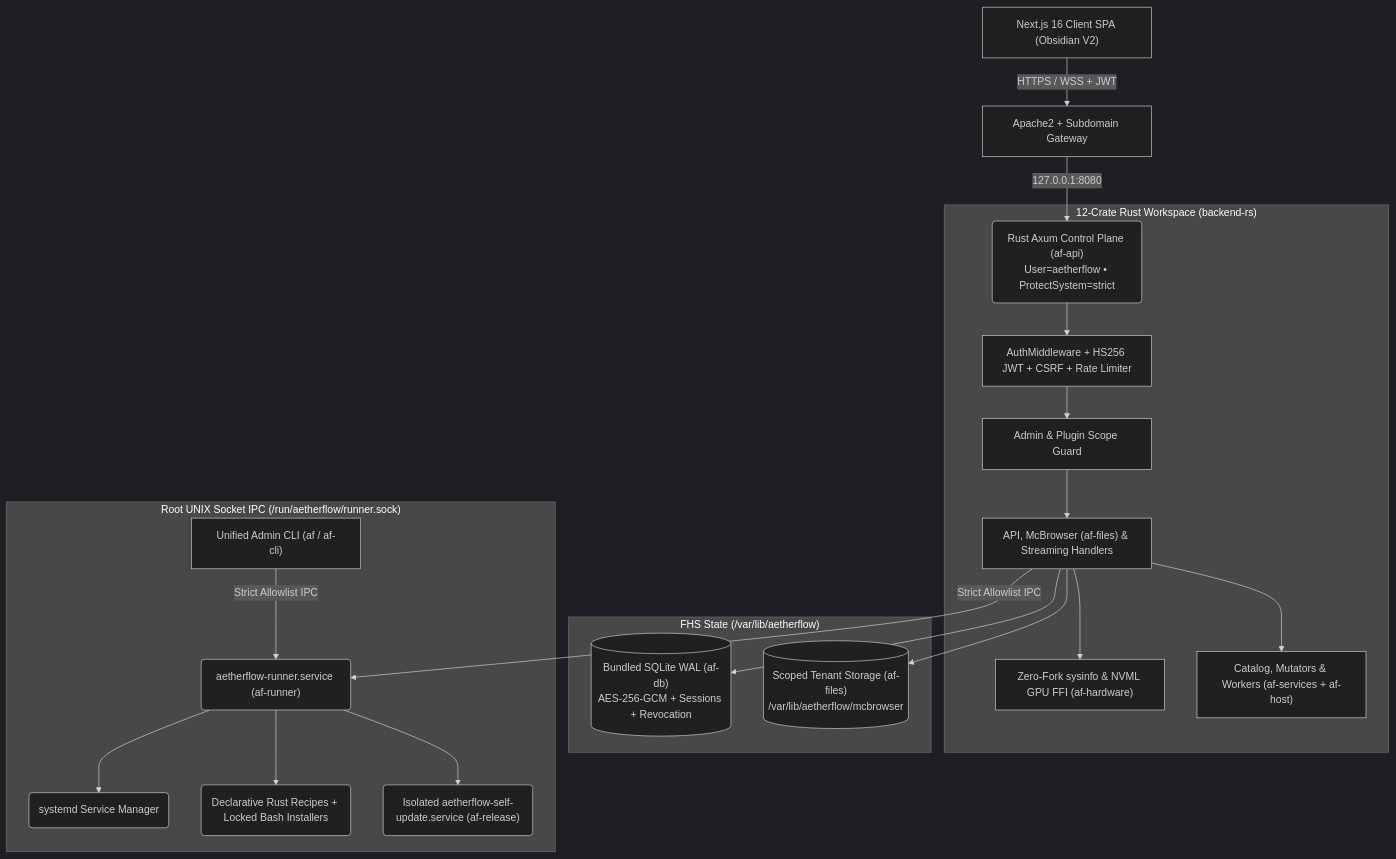
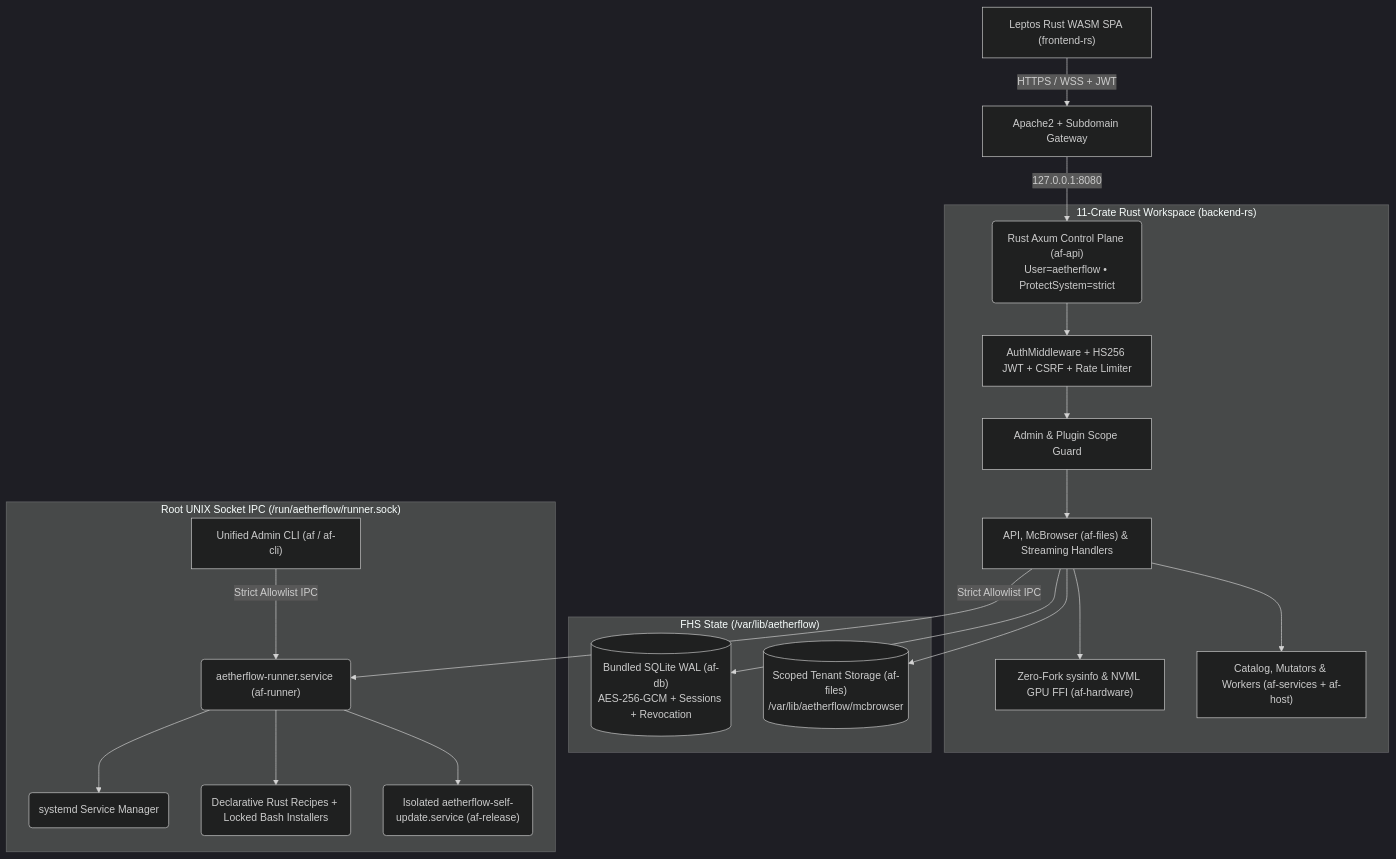
One commit to McEveritts/AetherFlow changed the diagram in docs/CODEBASE_BRAIN.md. Above: the diagram before and after it, drawn with Mermaid (dark theme). The commit also changed other lines of this file and 1432 other files, not shown here.

````diff
--- a/docs/CODEBASE_BRAIN.md
+++ b/docs/CODEBASE_BRAIN.md
@@ -17,26 +17,26 @@
 ```mermaid
 graph TD
-    Client["Next.js 16 Client SPA (Obsidian V2)"] -->|HTTPS / WSS + JWT| Proxy["Apache2 + Subdomain Gateway"]
+    Client["Leptos Rust WASM SPA (frontend-rs)"] -->|HTTPS / WSS + JWT| Proxy["Apache2 + Subdomain Gateway"]
     Proxy -->|127.0.0.1:8080| AxumRouter("Rust Axum Control Plane (af-api)<br/>User=aetherflow • ProtectSystem=strict")
 
-    subgraph Control_Plane["12-Crate Rust Workspace (backend-rs)"]
+    subgraph Control_Plane["11-Crate Rust Workspace (backend-rs)"]
         AxumRouter --> AuthMiddleware["AuthMiddleware + HS256 JWT + CSRF + Rate Limiter"]
         AuthMiddleware --> RBAC["Admin & Plugin Scope Guard"]
         RBAC --> Handlers["API, McBrowser (af-files) & Streaming Handlers"]
         Handlers --> HW["Zero-Fork sysinfo & NVML GPU FFI (af-hardware)"]
         Handlers --> Services["Catalog, Mutators & Workers (af-services + af-host)"]
     end
 
     subgraph State_Storage["FHS State (/var/lib/aetherflow)"]
         Handlers --> SQLite[("Bundled SQLite WAL (af-db)<br/>AES-256-GCM + Sessions + Revocation")]
         Handlers --> McBrowserStorage[("Scoped Tenant Storage (af-files)<br/>/var/lib/aetherflow/mcbrowser")]
     end
 
     subgraph Privileged_Boundary["Root UNIX Socket IPC (/run/aetherflow/runner.sock)"]
         Handlers -->|Strict Allowlist IPC| Runner("aetherflow-runner.service (af-runner)")
         CLI["Unified Admin CLI (af / af-cli)"] -->|Strict Allowlist IPC| Runner
         Runner --> Systemd("systemd Service Manager")
         Runner --> PkgExec("Declarative Rust Recipes + Locked Bash Installers")
         Runner --> SelfUpdate("Isolated aetherflow-self-update.service (af-release)")
     end
 ```
````
